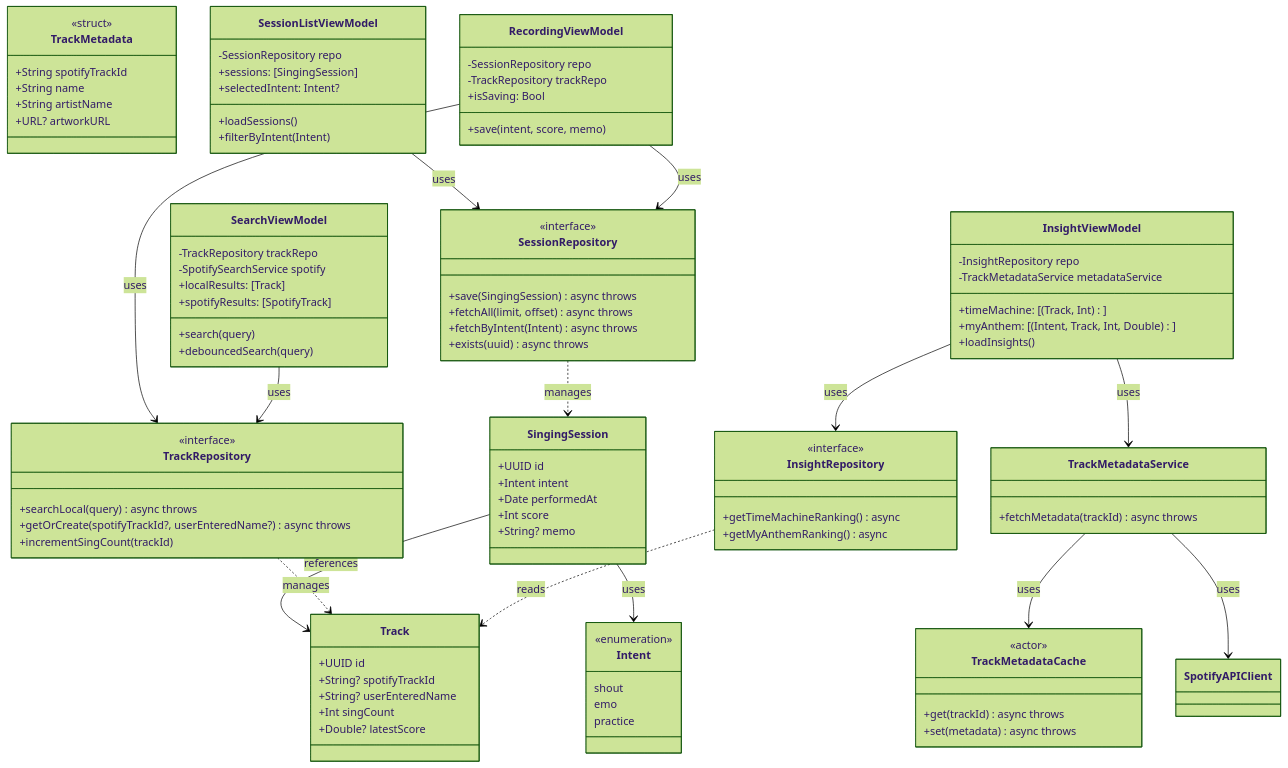
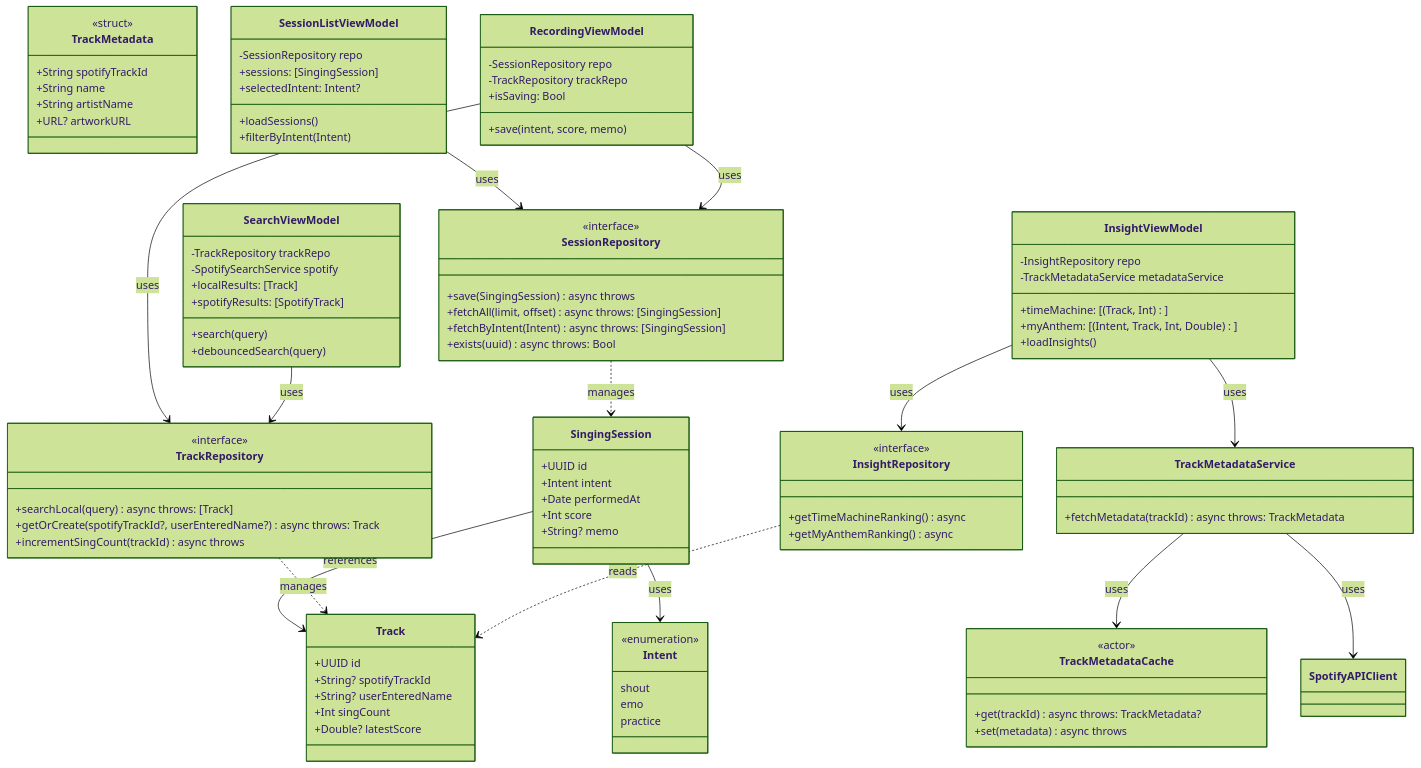
One commit to omomi-moti/Karaoke_support changed the fifth of 7 diagrams in docs/detailed_design.md. Above: the diagram before and after it, drawn with Mermaid (forest theme). The commit also changed other lines of this file, not shown here.

Commit message:
docs(detailed_design): リポジトリIFの戻り値型とソート契約を明記

```diff
--- a/docs/detailed_design.md
+++ b/docs/detailed_design.md
@@ -167,25 +167,25 @@
     class SessionRepository {
         <<interface>>
         +save(SingingSession) async throws
-        +fetchAll(limit, offset) async throws
-        +fetchByIntent(Intent) async throws
-        +exists(uuid) async throws
+        +fetchAll(limit, offset) async throws: [SingingSession]
+        +fetchByIntent(Intent) async throws: [SingingSession]
+        +exists(uuid) async throws: Bool
     }
 
     class TrackRepository {
         <<interface>>
-        +searchLocal(query) async throws
-        +getOrCreate(spotifyTrackId?, userEnteredName?) async throws
-        +incrementSingCount(trackId)
+        +searchLocal(query) async throws: [Track]
+        +getOrCreate(spotifyTrackId?, userEnteredName?) async throws: Track
+        +incrementSingCount(trackId) async throws
     }
 
     class TrackMetadataService {
-        +fetchMetadata(trackId) async throws
+        +fetchMetadata(trackId) async throws: TrackMetadata
     }
 
     class TrackMetadataCache {
         <<actor>>
-        +get(trackId) async throws
+        +get(trackId) async throws: TrackMetadata?
         +set(metadata) async throws
     }
 
```
